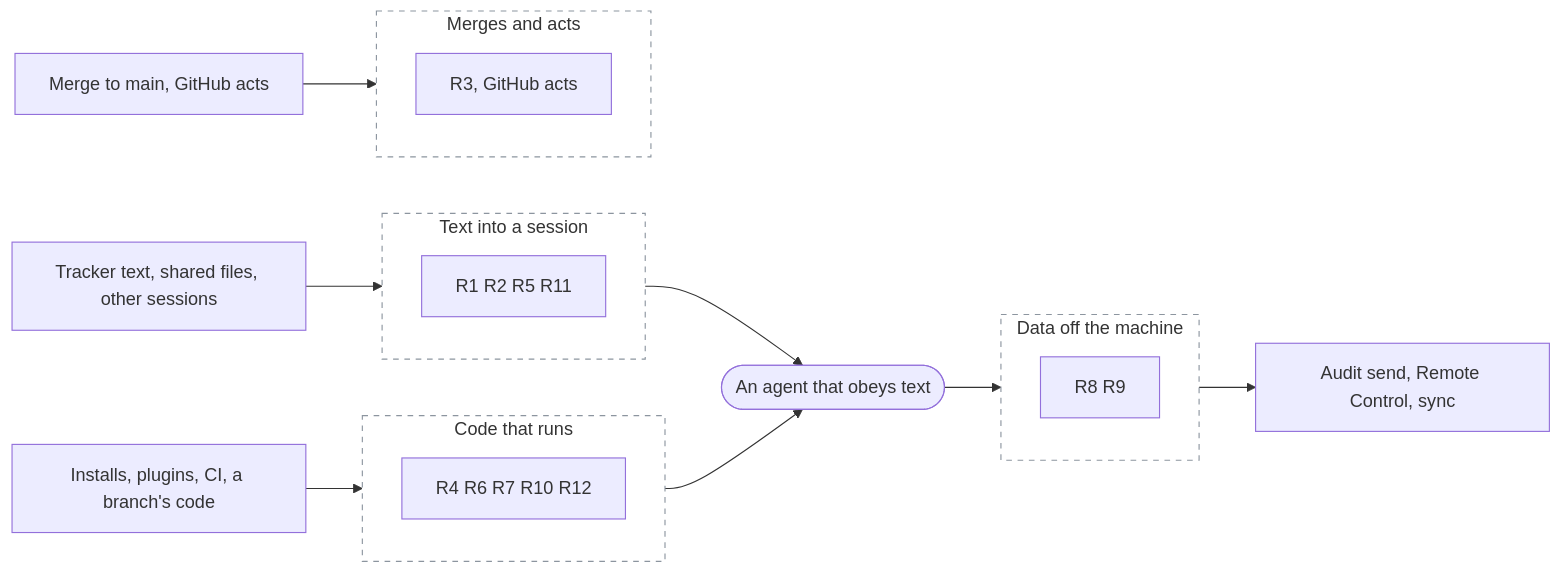
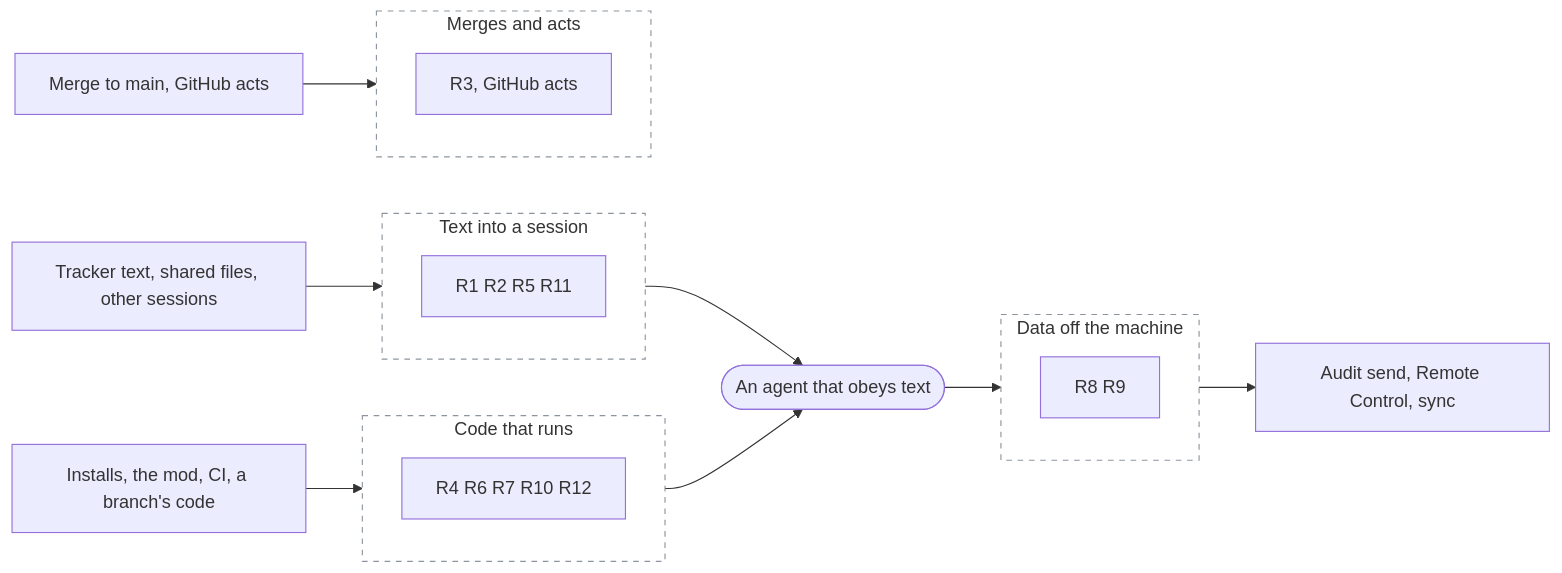
One commit to mephistopheles4/grimoire changed the first of 2 diagrams in docs/security/threat-model.md. Above: the diagram before and after it, drawn with Mermaid. The commit also changed other lines of this file and 10 other files, not shown here.

````diff
--- a/docs/security/threat-model.md
+++ b/docs/security/threat-model.md
@@ -22,31 +22,31 @@
 ```mermaid
 flowchart LR
   tracker["Tracker text, shared files, other sessions"]
   maintainer["Merge to main, GitHub acts"]
-  installer["Installs, plugins, CI, a branch's code"]
+  installer["Installs, the mod, CI, a branch's code"]
   leave["Audit send, Remote Control, sync"]
   agent(["An agent that obeys text"])
 
   subgraph B1["Text into a session"]
     T["R1 R2 R5 R11"]
   end
   subgraph B2["Code that runs"]
     C["R4 R6 R7 R10 R12"]
   end
   subgraph B3["Merges and acts"]
     M["R3, GitHub acts"]
   end
   subgraph B4["Data off the machine"]
     D["R8 R9"]
   end
 
   tracker --> B1 --> agent
   installer --> B2 --> agent
   maintainer --> B3
   agent --> B4 --> leave
 
   style B1 fill:transparent,stroke:#8c959f,stroke-dasharray: 5 5
   style B2 fill:transparent,stroke:#8c959f,stroke-dasharray: 5 5
   style B3 fill:transparent,stroke:#8c959f,stroke-dasharray: 5 5
   style B4 fill:transparent,stroke:#8c959f,stroke-dasharray: 5 5
 ```
````
